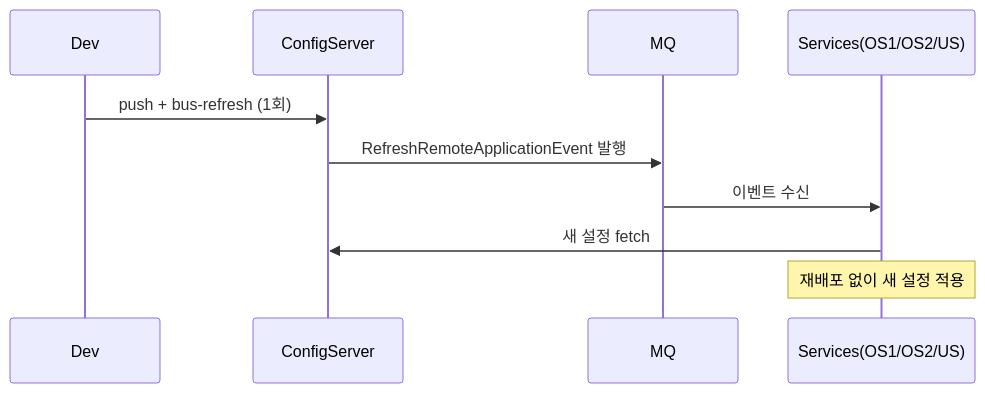
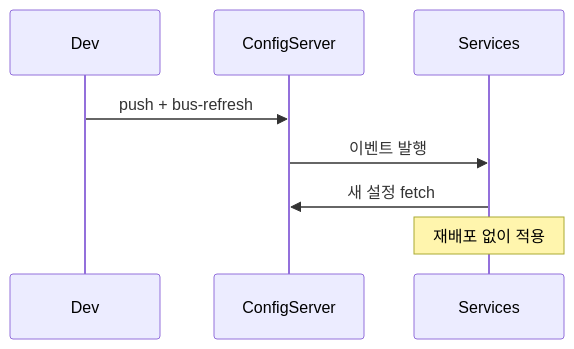
One commit to yjkim2015/yjkim2015.github.io changed the second of 2 diagrams in _posts/spring/2026-05-01-spring-config.md. Above: the diagram before and after it, drawn with Mermaid. The commit also changed 155 other files, not shown here.

First line of the commit message:
Mermaid 전면 수정: subgraph 제거, participant/노드/줄수 축소 (342블록)

````diff
--- a/_posts/spring/2026-05-01-spring-config.md
+++ b/_posts/spring/2026-05-01-spring-config.md
@@ -158,12 +158,10 @@
 ```mermaid
 sequenceDiagram
     participant DEV as Dev
     participant CS as ConfigServer
-    participant MQ as MQ
-    participant SVC as Services(OS1/OS2/US)
-    DEV->>CS: push + bus-refresh (1회)
-    CS->>MQ: RefreshRemoteApplicationEvent 발행
-    MQ->>SVC: 이벤트 수신
+    participant SVC as Services
+    DEV->>CS: push + bus-refresh
+    CS->>SVC: 이벤트 발행
     SVC->>CS: 새 설정 fetch
-    Note over SVC: 재배포 없이 새 설정 적용
+    Note over SVC: 재배포 없이 적용
 ```
````
